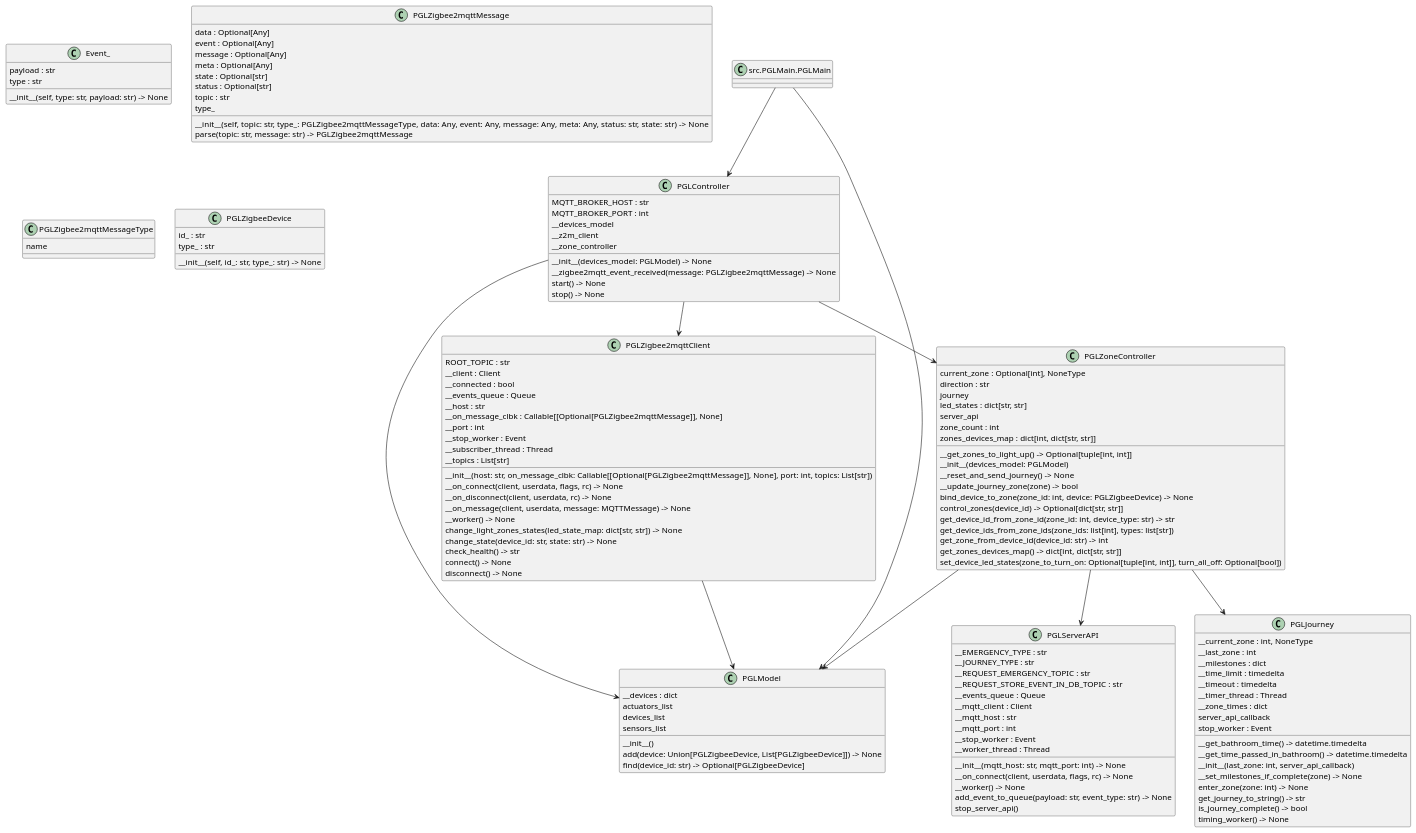
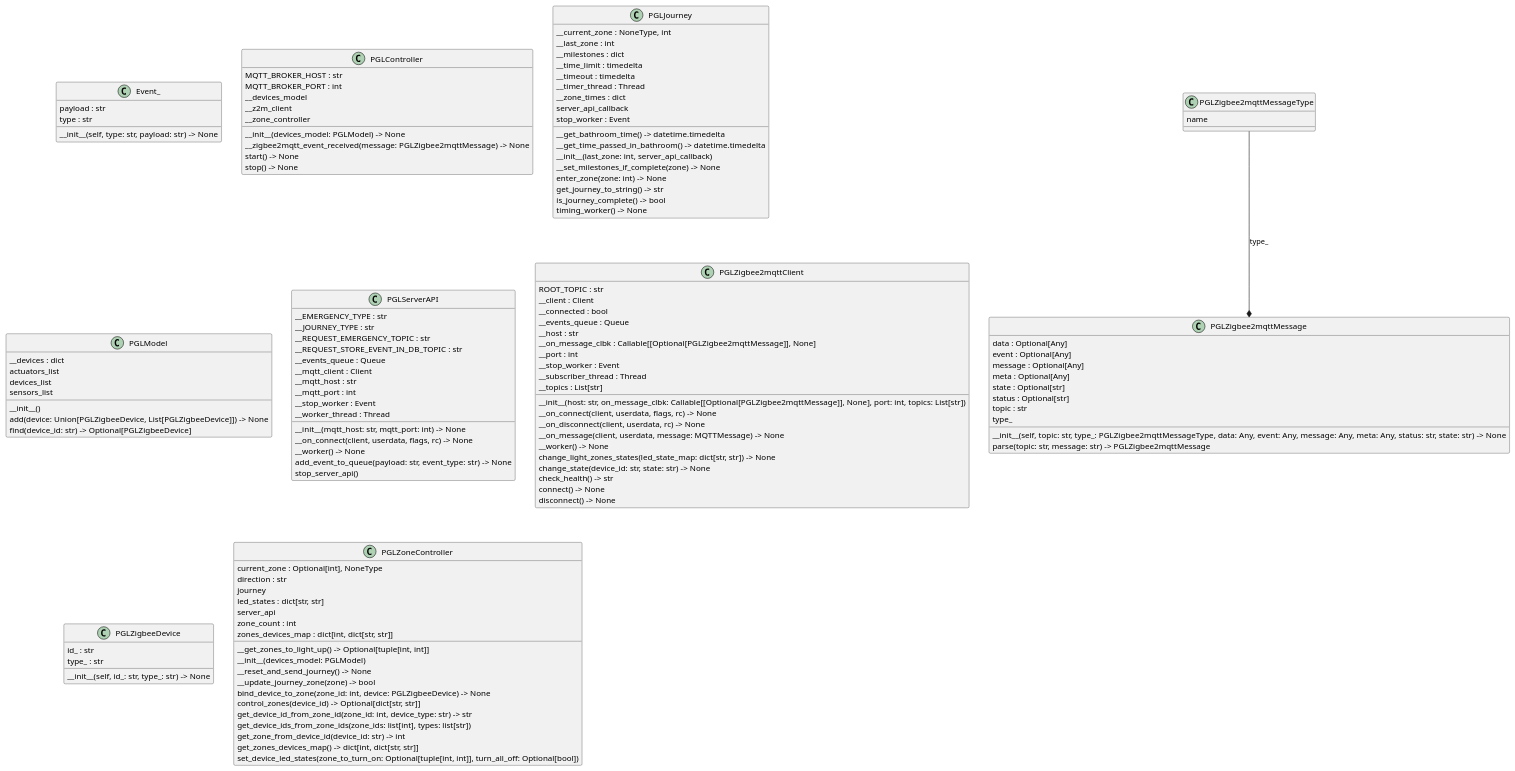
The diagram in UML_Diagrams/classes.puml (BusterSalomon/PGL), drawn with PlantUML before and after one commit.

Commit message:
updated classes diagram

```diff
--- a/UML_Diagrams/classes.puml
+++ b/UML_Diagrams/classes.puml
@@ -1,136 +1,127 @@
 @startuml classes
 set namespaceSeparator none
 class "Event_" as src.PGLServerAPI.Event_ {
   payload : str
   type : str
   __init__(self, type: str, payload: str) -> None
 }
 class "PGLController" as src.PGLController.PGLController {
   MQTT_BROKER_HOST : str
   MQTT_BROKER_PORT : int
   __devices_model
   __z2m_client
   __zone_controller
   __init__(devices_model: PGLModel) -> None
   __zigbee2mqtt_event_received(message: PGLZigbee2mqttMessage) -> None
   start() -> None
   stop() -> None
 }
 class "PGLJourney" as src.PGLJourney.PGLJourney {
-  __current_zone : int, NoneType
+  __current_zone : NoneType, int
   __last_zone : int
   __milestones : dict
   __time_limit : timedelta
   __timeout : timedelta
   __timer_thread : Thread
   __zone_times : dict
   server_api_callback
   stop_worker : Event
   __get_bathroom_time() -> datetime.timedelta
   __get_time_passed_in_bathroom() -> datetime.timedelta
   __init__(last_zone: int, server_api_callback)
   __set_milestones_if_complete(zone) -> None
   enter_zone(zone: int) -> None
   get_journey_to_string() -> str
   is_journey_complete() -> bool
   timing_worker() -> None
 }
 class "PGLModel" as src.PGLModel.PGLModel {
   __devices : dict
   actuators_list
   devices_list
   sensors_list
   __init__()
   add(device: Union[PGLZigbeeDevice, List[PGLZigbeeDevice]]) -> None
   find(device_id: str) -> Optional[PGLZigbeeDevice]
 }
 class "PGLServerAPI" as src.PGLServerAPI.PGLServerAPI {
   __EMERGENCY_TYPE : str
   __JOURNEY_TYPE : str
   __REQUEST_EMERGENCY_TOPIC : str
   __REQUEST_STORE_EVENT_IN_DB_TOPIC : str
   __events_queue : Queue
   __mqtt_client : Client
   __mqtt_host : str
   __mqtt_port : int
   __stop_worker : Event
   __worker_thread : Thread
   __init__(mqtt_host: str, mqtt_port: int) -> None
   __on_connect(client, userdata, flags, rc) -> None
   __worker() -> None
   add_event_to_queue(payload: str, event_type: str) -> None
   stop_server_api()
 }
 class "PGLZigbee2mqttClient" as src.PGLZigbee2mqttClient.PGLZigbee2mqttClient {
   ROOT_TOPIC : str
   __client : Client
   __connected : bool
   __events_queue : Queue
   __host : str
   __on_message_clbk : Callable[[Optional[PGLZigbee2mqttMessage]], None]
   __port : int
   __stop_worker : Event
   __subscriber_thread : Thread
   __topics : List[str]
   __init__(host: str, on_message_clbk: Callable[[Optional[PGLZigbee2mqttMessage]], None], port: int, topics: List[str])
   __on_connect(client, userdata, flags, rc) -> None
   __on_disconnect(client, userdata, rc) -> None
   __on_message(client, userdata, message: MQTTMessage) -> None
   __worker() -> None
   change_light_zones_states(led_state_map: dict[str, str]) -> None
   change_state(device_id: str, state: str) -> None
   check_health() -> str
   connect() -> None
   disconnect() -> None
 }
 class "PGLZigbee2mqttMessage" as src.PGLZigbee2mqttClient.PGLZigbee2mqttMessage {
   data : Optional[Any]
   event : Optional[Any]
   message : Optional[Any]
   meta : Optional[Any]
   state : Optional[str]
   status : Optional[str]
   topic : str
   type_
   __init__(self, topic: str, type_: PGLZigbee2mqttMessageType, data: Any, event: Any, message: Any, meta: Any, status: str, state: str) -> None
   parse(topic: str, message: str) -> PGLZigbee2mqttMessage
 }
 class "PGLZigbee2mqttMessageType" as src.PGLZigbee2mqttClient.PGLZigbee2mqttMessageType {
   name
 }
 class "PGLZigbeeDevice" as src.PGLModel.PGLZigbeeDevice {
   id_ : str
   type_ : str
   __init__(self, id_: str, type_: str) -> None
 }
 class "PGLZoneController" as src.PGLZoneController.PGLZoneController {
   current_zone : Optional[int], NoneType
   direction : str
   journey
   led_states : dict[str, str]
   server_api
   zone_count : int
   zones_devices_map : dict[int, dict[str, str]]
   __get_zones_to_light_up() -> Optional[tuple[int, int]]
   __init__(devices_model: PGLModel)
   __reset_and_send_journey() -> None
   __update_journey_zone(zone) -> bool
   bind_device_to_zone(zone_id: int, device: PGLZigbeeDevice) -> None
   control_zones(device_id) -> Optional[dict[str, str]]
   get_device_id_from_zone_id(zone_id: int, device_type: str) -> str
   get_device_ids_from_zone_ids(zone_ids: list[int], types: list[str])
   get_zone_from_device_id(device_id: str) -> int
   get_zones_devices_map() -> dict[int, dict[str, str]]
   set_device_led_states(zone_to_turn_on: Optional[tuple[int, int]], turn_all_off: Optional[bool])
 }
-src.PGLController.PGLController --> src.PGLModel.PGLModel
-src.PGLController.PGLController --> src.PGLZigbee2mqttClient.PGLZigbee2mqttClient
-src.PGLController.PGLController --> src.PGLZoneController.PGLZoneController
-src.PGLMain.PGLMain --> src.PGLController.PGLController
-src.PGLMain.PGLMain --> src.PGLModel.PGLModel
-src.PGLZigbee2mqttClient.PGLZigbee2mqttClient --> src.PGLModel.PGLModel
-src.PGLZoneController.PGLZoneController --> src.PGLJourney.PGLJourney
-src.PGLZoneController.PGLZoneController --> src.PGLModel.PGLModel
-src.PGLZoneController.PGLZoneController --> src.PGLServerAPI.PGLServerAPI
-
+src.PGLZigbee2mqttClient.PGLZigbee2mqttMessageType --* src.PGLZigbee2mqttClient.PGLZigbee2mqttMessage : type_
 @enduml
```
